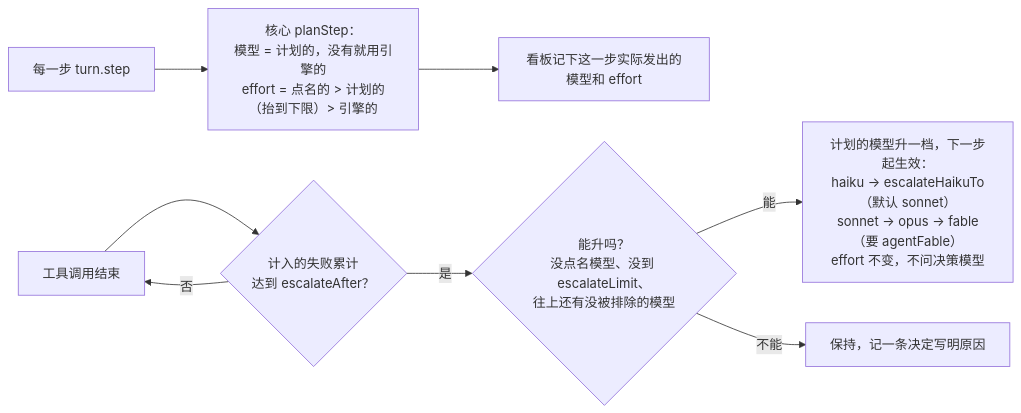
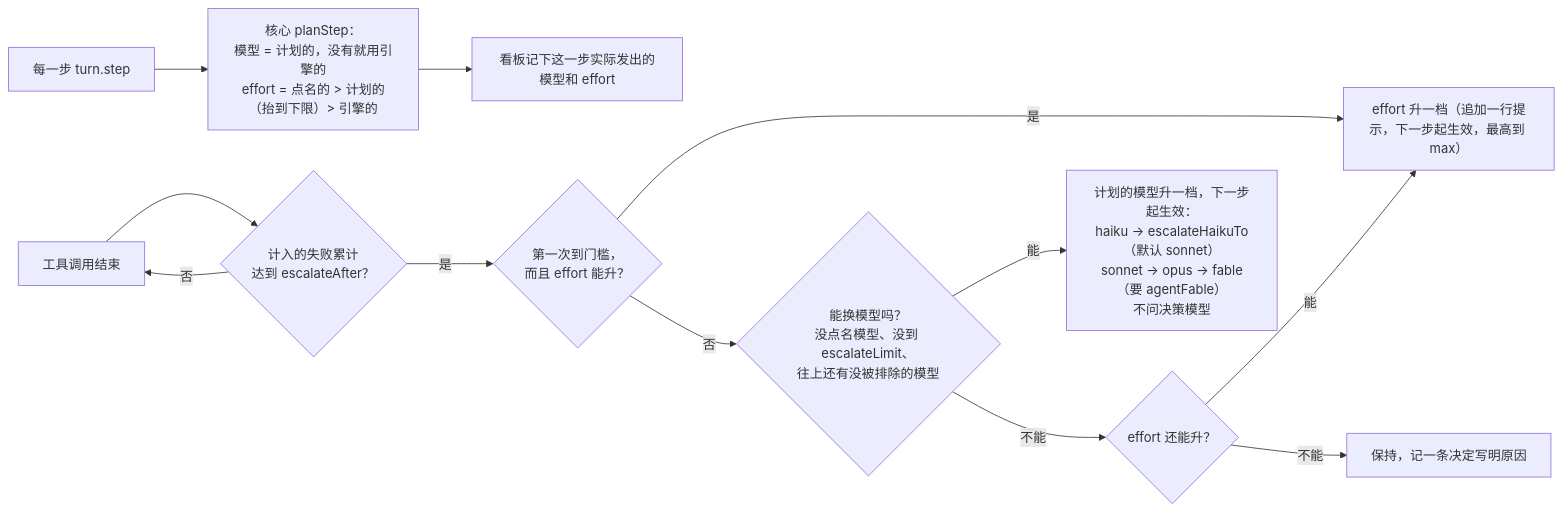
The sixth of 6 diagrams in docs/dispatch-pilot-routing.md (alexcz-a11y/claude-mods), drawn with Mermaid before and after one commit. The commit also changed other lines of this file and 130 other files, not shown here.

````diff
--- a/docs/dispatch-pilot-routing.md
+++ b/docs/dispatch-pilot-routing.md
@@ -173,10 +175,14 @@
 ```mermaid
 flowchart LR
     A["每一步 turn.step"] --> B["核心 planStep：<br/>模型 = 计划的，没有就用引擎的<br/>effort = 点名的 > 计划的（抬到下限）> 引擎的"]
     B --> C["看板记下这一步实际发出的模型和 effort"]
     T["工具调用结束"] --> D{"计入的失败累计<br/>达到 escalateAfter？"}
     D -- 否 --> T
-    D -- 是 --> F{"能升吗？<br/>没点名模型、没到 escalateLimit、<br/>往上还有没被排除的模型"}
-    F -- 能 --> G["计划的模型升一档，下一步起生效：<br/>haiku → escalateHaikuTo（默认 sonnet）<br/>sonnet → opus → fable（要 agentFable）<br/>effort 不变，不问决策模型"]
-    F -- 不能 --> I["保持，记一条决定写明原因"]
+    D -- 是 --> H{"第一次到门槛，<br/>而且 effort 能升？"}
+    H -- 是 --> J["effort 升一档（追加一行提示，下一步起生效，最高到 max）"]
+    H -- 否 --> F{"能换模型吗？<br/>没点名模型、没到 escalateLimit、<br/>往上还有没被排除的模型"}
+    F -- 能 --> G["计划的模型升一档，下一步起生效：<br/>haiku → escalateHaikuTo（默认 sonnet）<br/>sonnet → opus → fable（要 agentFable）<br/>不问决策模型"]
+    F -- 不能 --> K{"effort 还能升？"}
+    K -- 能 --> J
+    K -- 不能 --> I["保持，记一条决定写明原因"]
 ```
````
